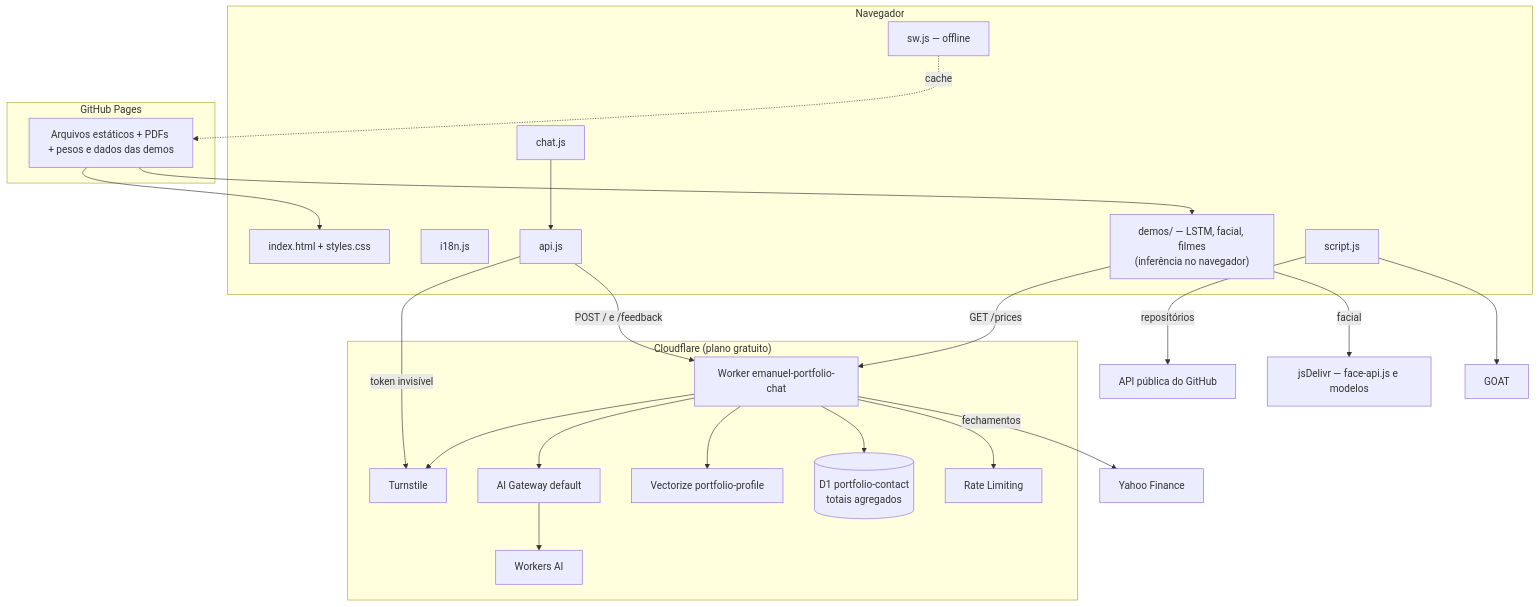
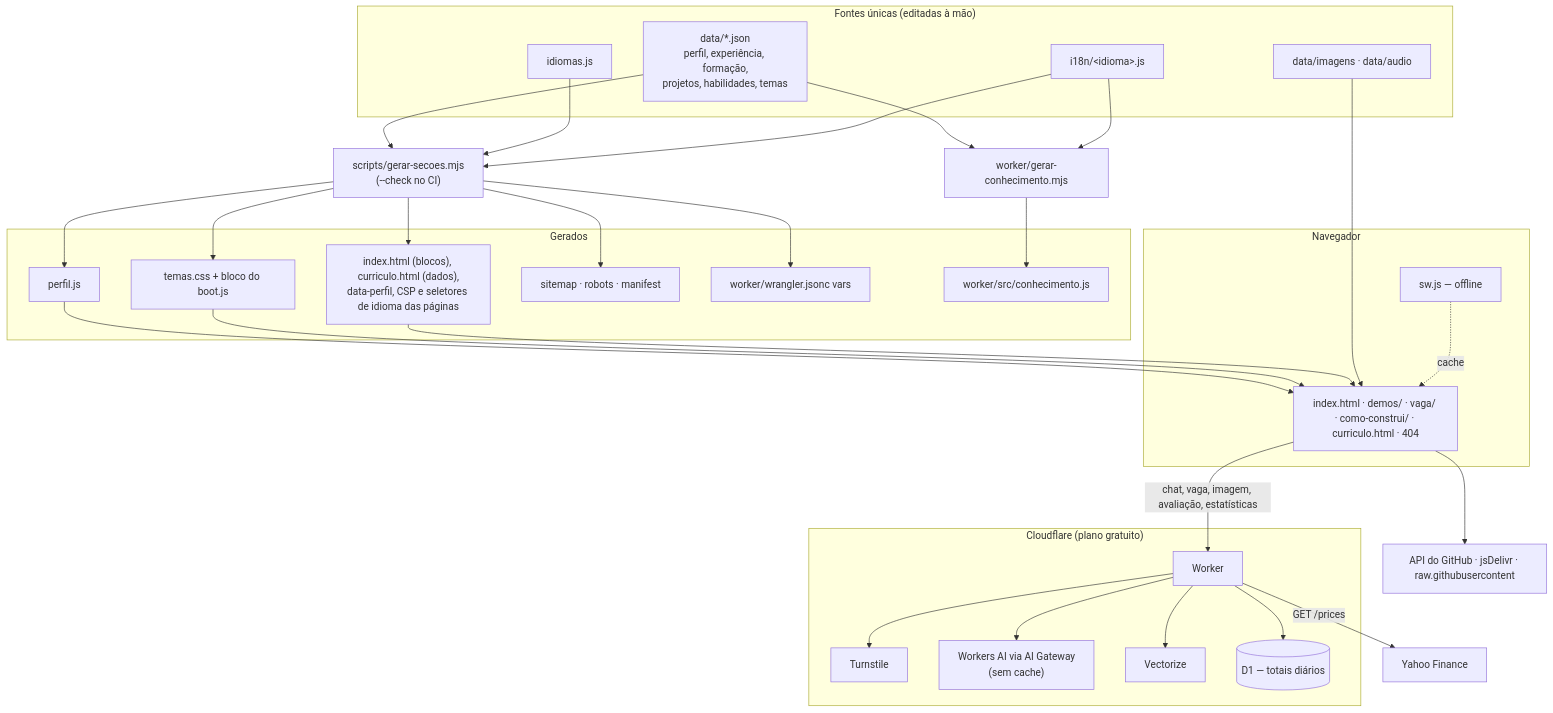
One commit to emanueleborges/emanueleborges.github.io changed the diagram in docs/sdd/plan.md. Above: the diagram before and after it, drawn with Mermaid. The commit also changed other lines of this file and 23 other files, not shown here.

````diff
--- a/docs/sdd/plan.md
+++ b/docs/sdd/plan.md
@@ -11,44 +11,49 @@
 ```mermaid
 flowchart TB
+  subgraph Fontes["Fontes únicas (editadas à mão)"]
+    DATA["data/*.json<br/>perfil, experiência, formação,<br/>projetos, habilidades, temas"]
+    MEDIA["data/imagens · data/audio"]
+    LANGS[idiomas.js]
+    I18N["i18n/&lt;idioma&gt;.js"]
+  end
+  GEN["scripts/gerar-secoes.mjs<br/>(--check no CI)"]
+  KNOW["worker/gerar-conhecimento.mjs"]
+  subgraph Gerados["Gerados"]
+    PERFIL[perfil.js]
+    TEMAS[temas.css + bloco do boot.js]
+    HTML["index.html (blocos), curriculo.html (dados),<br/>data-perfil, CSP e seletores de idioma das páginas"]
+    SEO[sitemap · robots · manifest]
+    WCFG[worker/wrangler.jsonc vars]
+    CONH[worker/src/conhecimento.js]
+  end
   subgraph Navegador
-    HTML[index.html + styles.css]
-    I18N[i18n.js]
-    SCRIPT[script.js]
-    API[api.js]
-    CHAT[chat.js]
+    PAGES["index.html · demos/ · vaga/ · como-construi/ · curriculo.html · 404"]
     SW[sw.js — offline]
-    DEMOS["demos/ — LSTM, facial, filmes<br/>(inferência no navegador)"]
   end
-  subgraph "GitHub Pages"
-    STATIC[Arquivos estáticos + PDFs + pesos e dados das demos]
+  subgraph CF["Cloudflare (plano gratuito)"]
+    WORKER[Worker]
+    TURN[Turnstile]
+    WAI["Workers AI via AI Gateway<br/>(sem cache)"]
+    VEC[Vectorize]
+    DB[(D1 — totais diários)]
   end
-  subgraph "Cloudflare (plano gratuito)"
-    WORKER[Worker emanuel-portfolio-chat]
-    TURN[Turnstile]
-    GATE[AI Gateway default]
-    WAI[Workers AI]
-    VEC[Vectorize portfolio-profile]
-    DB[(D1 portfolio-contact<br/>totais agregados)]
-    RL[Rate Limiting]
-  end
-  GH[API pública do GitHub]
+  GH[API do GitHub · jsDelivr · raw.githubusercontent]
   YF[Yahoo Finance]
-  CDN[jsDelivr — face-api.js e modelos]
 
-  STATIC --> HTML
-  STATIC --> DEMOS
-  SW -. cache .-> STATIC
-  CHAT --> API
-  API -->|POST / e /feedback| WORKER
-  API -->|token invisível| TURN
+  DATA --> GEN
+  LANGS --> GEN
+  I18N --> GEN
+  GEN --> PERFIL & TEMAS & HTML & SEO & WCFG
+  DATA --> KNOW
+  I18N --> KNOW
+  KNOW --> CONH
+  PERFIL & TEMAS & HTML & MEDIA --> PAGES
+  PAGES -->|chat, vaga, imagem, avaliação, estatísticas| WORKER
+  PAGES --> GH
   WORKER --> TURN
-  WORKER --> RL
-  WORKER --> GATE --> WAI
+  WORKER --> WAI
   WORKER --> VEC
   WORKER --> DB
-  SCRIPT --> GOAT
-  SCRIPT -->|repositórios| GH
-  DEMOS -->|GET /prices| WORKER
-  WORKER -->|fechamentos| YF
-  DEMOS -->|facial| CDN
+  WORKER -->|GET /prices| YF
+  SW -. cache .-> PAGES
 ```
````
